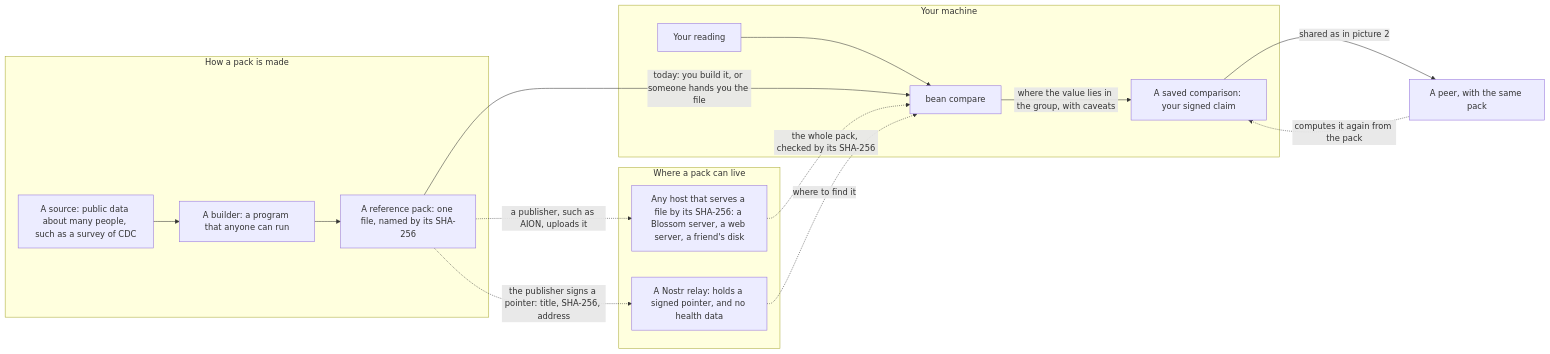
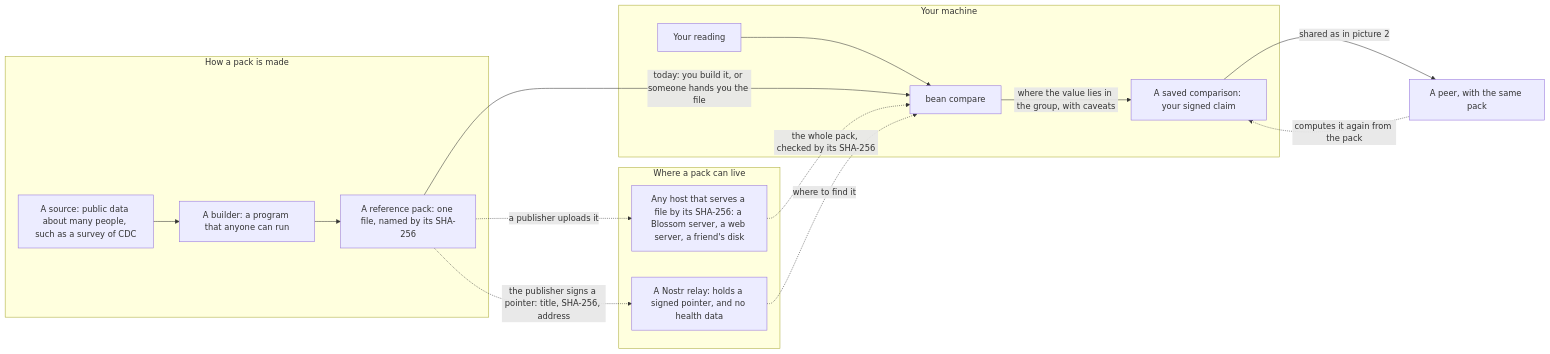
The third of 3 diagrams in docs/ARCHITECTURE.md (Conscious-Repository/bean), drawn with Mermaid before and after one commit. The commit also changed 3 other files, not shown here.

````diff
--- a/docs/ARCHITECTURE.md
+++ b/docs/ARCHITECTURE.md
@@ -86,29 +86,29 @@
 ```mermaid
 flowchart LR
     subgraph made["How a pack is made"]
         source["A source: public data about many people, such as a survey of CDC"]
         builder["A builder: a program that anyone can run"]
         pack["A reference pack: one file, named by its SHA-256"]
     end
     subgraph public["Where a pack can live"]
         host["Any host that serves a file by its SHA-256: a Blossom server, a web server, a friend's disk"]
         relay["A Nostr relay: holds a signed pointer, and no health data"]
     end
     subgraph machine["Your machine"]
         reading["Your reading"]
         compare["bean compare"]
         claim["A saved comparison: your signed claim"]
     end
     peer["A peer, with the same pack"]
     source --> builder
     builder --> pack
     pack -->|"today: you build it, or someone hands you the file"| compare
-    pack -.->|"a publisher, such as AION, uploads it"| host
+    pack -.->|"a publisher uploads it"| host
     pack -.->|"the publisher signs a pointer: title, SHA-256, address"| relay
     relay -.->|"where to find it"| compare
     host -.->|"the whole pack, checked by its SHA-256"| compare
     reading --> compare
     compare -->|"where the value lies in the group, with caveats"| claim
     claim -->|"shared as in picture 2"| peer
     peer -.->|"computes it again from the pack"| claim
 ```
````
